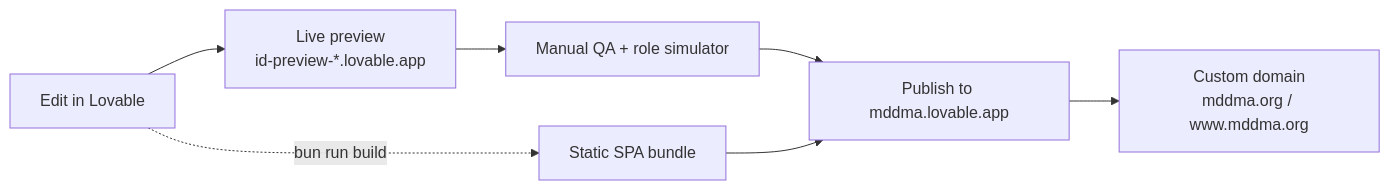
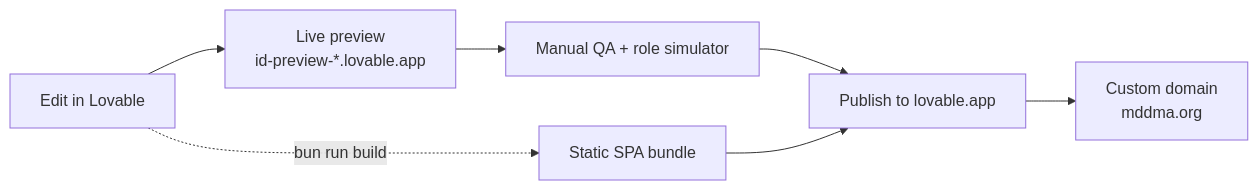
One commit to arka97/mddma-test changed the first of 2 diagrams in src/content/docs/06-build-and-operations.md. Above: the diagram before and after it, drawn with Mermaid. The commit also changed other lines of this file and 7 other files, not shown here.

````diff
--- a/src/content/docs/06-build-and-operations.md
+++ b/src/content/docs/06-build-and-operations.md
@@ -92,9 +85,9 @@
 ```mermaid
 flowchart LR
   Edit[Edit in Lovable] --> Preview[Live preview<br/>id-preview-*.lovable.app]
   Preview --> Verify[Manual QA + role simulator]
-  Verify --> Publish[Publish to mddma.lovable.app]
-  Publish --> Domain[Custom domain<br/>mddma.org / www.mddma.org]
+  Verify --> Publish[Publish to lovable.app]
+  Publish --> Domain[Custom domain<br/>mddma.org]
   Edit -.bun run build.-> Static[Static SPA bundle]
   Static --> Publish
 ```
````
